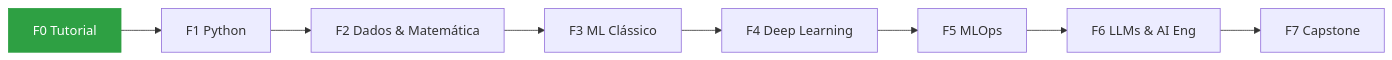
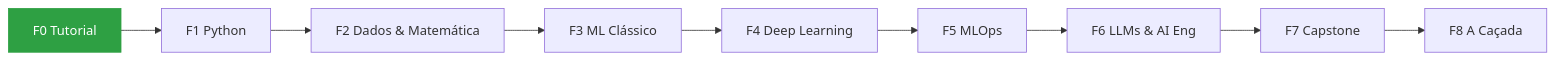
Before and after one commit to Thales-thecreator/Estudos: the diagram in README.pt-BR.md, drawn with Mermaid. The commit also changed other lines of this file and 16 other files, not shown here.

````diff
--- a/README.pt-BR.md
+++ b/README.pt-BR.md
@@ -42,6 +43,6 @@
 ```mermaid
 flowchart LR
     F0[F0 Tutorial]:::agora --> F1[F1 Python] --> F2[F2 Dados & Matemática] --> F3[F3 ML Clássico]
-    F3 --> F4[F4 Deep Learning] --> F5[F5 MLOps] --> F6[F6 LLMs & AI Eng] --> F7[F7 Capstone]
+    F3 --> F4[F4 Deep Learning] --> F5[F5 MLOps] --> F6[F6 LLMs & AI Eng] --> F7[F7 Capstone] --> F8[F8 A Caçada]
     classDef agora fill:#2ea043,color:#fff,stroke:#2ea043
 ```
````
